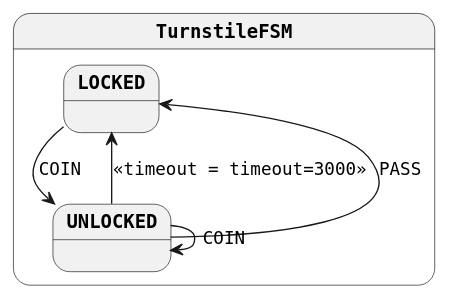
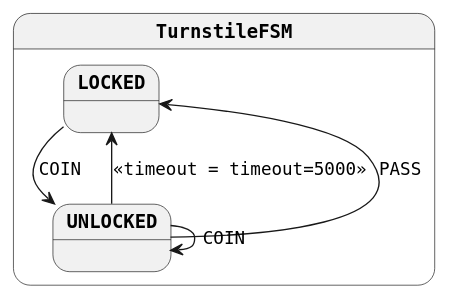
The diagram in generated/turnstile-simple.plantuml (open-jumpco/kfsm-spring-rest), drawn with PlantUML before and after one commit. The commit also changed 7 other files, not shown here.

```diff
--- a/generated/turnstile-simple.plantuml
+++ b/generated/turnstile-simple.plantuml
@@ -1,15 +1,15 @@
 @startuml
 skinparam monochrome true
 skinparam StateFontName Helvetica
 skinparam defaultFontName Monospaced
 skinparam defaultFontStyle Bold
 skinparam state {
     FontStyle Bold
 }
 state TurnstileFSM {
 LOCKED --> UNLOCKED : COIN
-UNLOCKED --> LOCKED : <<timeout = timeout=3000>>
+UNLOCKED --> LOCKED : <<timeout = timeout=5000>>
 UNLOCKED --> LOCKED : PASS
 UNLOCKED --> UNLOCKED : COIN
 }
 @enduml
```
